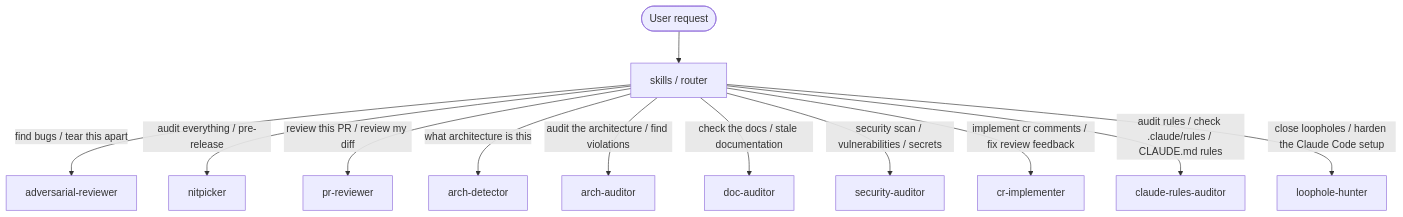
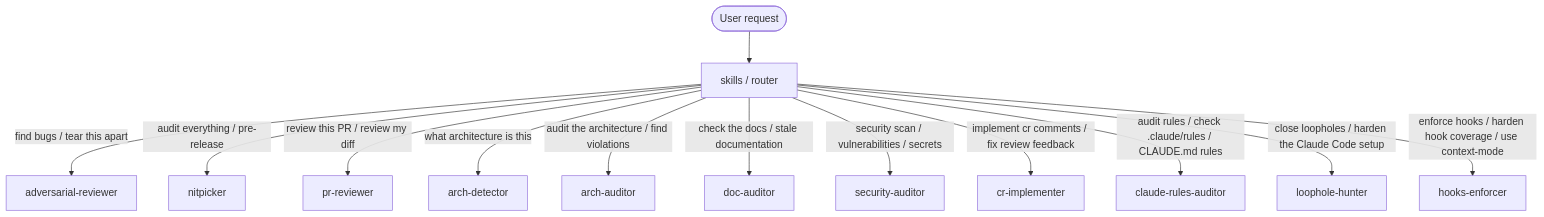
One commit to ivuorinen/skills changed the fifth of 6 diagrams in .claude/skills/README.md. Above: the diagram before and after it, drawn with Mermaid. The commit also changed other lines of this file and 10 other files, not shown here.

Commit message:
feat: add hooks-enforcer skill (#28)

````diff
--- a/.claude/skills/README.md
+++ b/.claude/skills/README.md
@@ -247,14 +259,15 @@
 ```mermaid
 flowchart TD
     U([User request]) --> R[skills / router]
     R -->|"find bugs / tear this apart"| AR[adversarial-reviewer]
     R -->|"audit everything / pre-release"| NP[nitpicker]
     R -->|"review this PR / review my diff"| PR[pr-reviewer]
     R -->|"what architecture is this"| AD[arch-detector]
     R -->|"audit the architecture / find violations"| AA[arch-auditor]
     R -->|"check the docs / stale documentation"| DA[doc-auditor]
     R -->|"security scan / vulnerabilities / secrets"| SA[security-auditor]
     R -->|"implement cr comments / fix review feedback"| CRI[cr-implementer]
     R -->|"audit rules / check .claude/rules / CLAUDE.md rules"| CRA[claude-rules-auditor]
     R -->|"close loopholes / harden the Claude Code setup"| LH[loophole-hunter]
+    R -->|"enforce hooks / harden hook coverage / use context-mode"| HE[hooks-enforcer]
 ```
````
